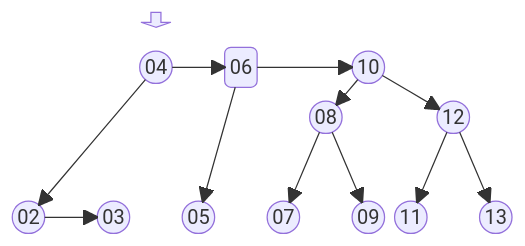
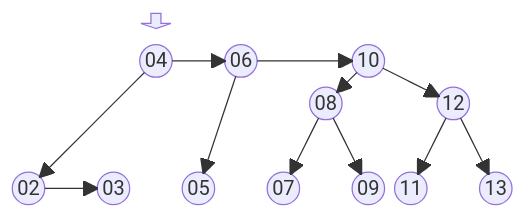
One commit to BenhurUFSM/l226b changed diagram 16 of 17 in Assuntos/arvore-aa.md. Above: the diagram before and after it, drawn with Mermaid. The commit also changed other lines of this file, not shown here.

````diff
--- a/Assuntos/arvore-aa.md
+++ b/Assuntos/arvore-aa.md
@@ -446,20 +446,20 @@
 ```mermaid
 block
 columns 12
 space:3 f<[" "]>(down) space:8
-space:3 r(("04")) space:1 d("06") space:2 dd(("10")) space:3
+space:3 r(("04")) space:1 d(("06")) space:2 dd(("10")) space:3
 space space space:5 dde(("08")) space:2 ddd(("12")) space
 space:12
 e(("02")) space ed(("03")) space de(("05")) space ddee(("07")) space dded(("09")) ddde(("11")) space dddd(("13"))
 r-->e
 r-->d
 e-->ed
 d-->de
 d-->dd
 dd-->dde
 dd-->ddd
 dde-->ddee
 dde-->dded
 ddd-->ddde
 ddd-->dddd
 ```
````
